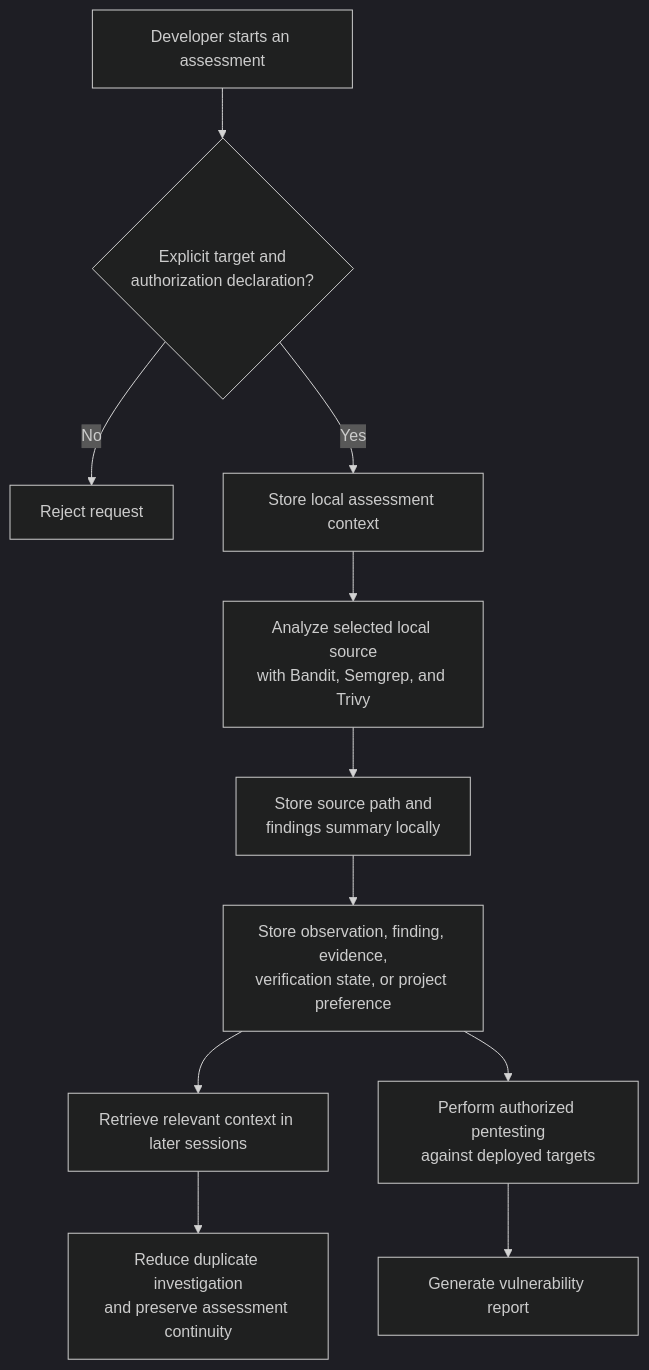
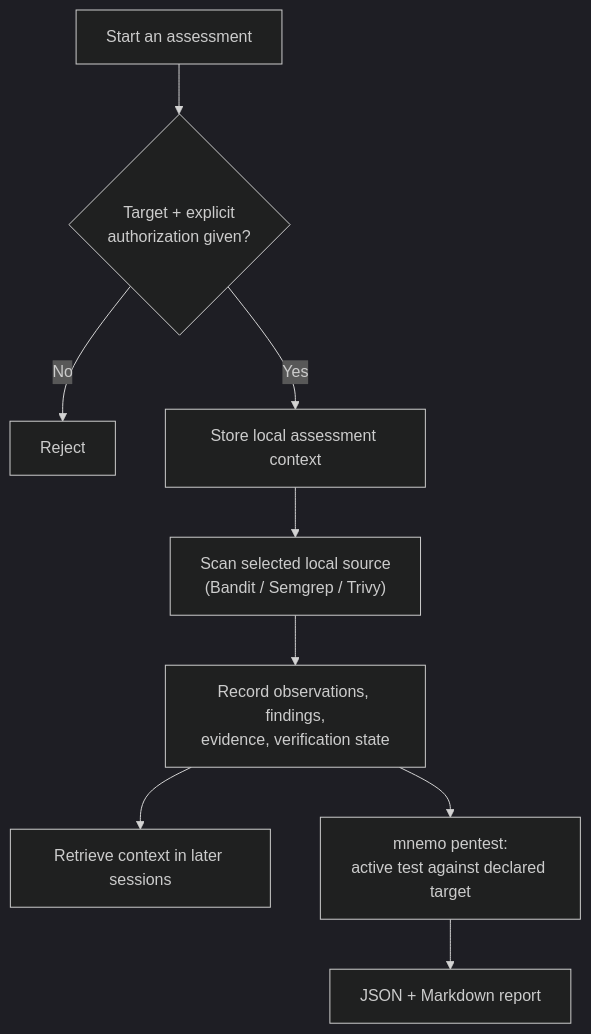
One commit to victorvarza/mnemosyne changed the third of 3 diagrams in docs/architecture.md. Above: the diagram before and after it, drawn with Mermaid (dark theme). The commit also changed other lines of this file and 5 other files, not shown here.

````diff
--- a/docs/architecture.md
+++ b/docs/architecture.md
@@ -94,13 +137,11 @@
 ```mermaid
 flowchart TD
-    Start["Developer starts an assessment"] --> Authorization{"Explicit target and<br/>authorization declaration?"}
-    Authorization -->|No| Stop["Reject request"]
-    Authorization -->|Yes| Context["Store local assessment context"]
-    Context --> Source["Analyze selected local source<br/>with Bandit, Semgrep, and Trivy"]
-    Source --> ScanRecord["Store source path and<br/>findings summary locally"]
-    ScanRecord --> Record["Store observation, finding, evidence,<br/>verification state, or project preference"]
-    Record --> Retrieve["Retrieve relevant context in later sessions"]
-    Retrieve --> Result["Reduce duplicate investigation<br/>and preserve assessment continuity"]
-    Record --> Pentest["Perform authorized pentesting<br/>against deployed targets"]
-    Pentest --> Report["Generate vulnerability report"]
+    Start["Start an assessment"] --> Auth{"Target + explicit<br/>authorization given?"}
+    Auth -->|No| Stop["Reject"]
+    Auth -->|Yes| Ctx["Store local assessment context"]
+    Ctx --> Scan["Scan selected local source<br/>(Bandit / Semgrep / Trivy)"]
+    Scan --> Rec["Record observations, findings,<br/>evidence, verification state"]
+    Rec --> Later["Retrieve context in later sessions"]
+    Rec --> Pentest["mnemo pentest:<br/>active test against declared target"]
+    Pentest --> Report["JSON + Markdown report"]
 ```
````
